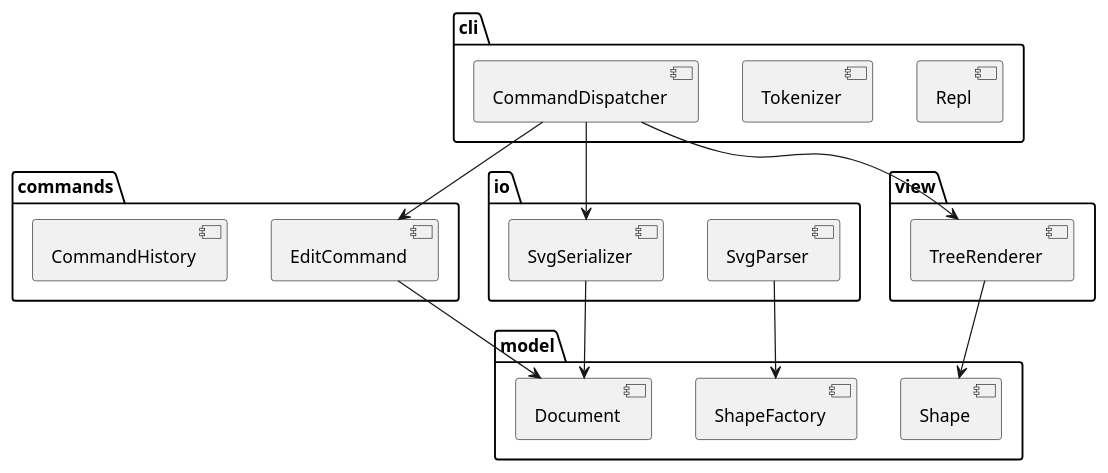
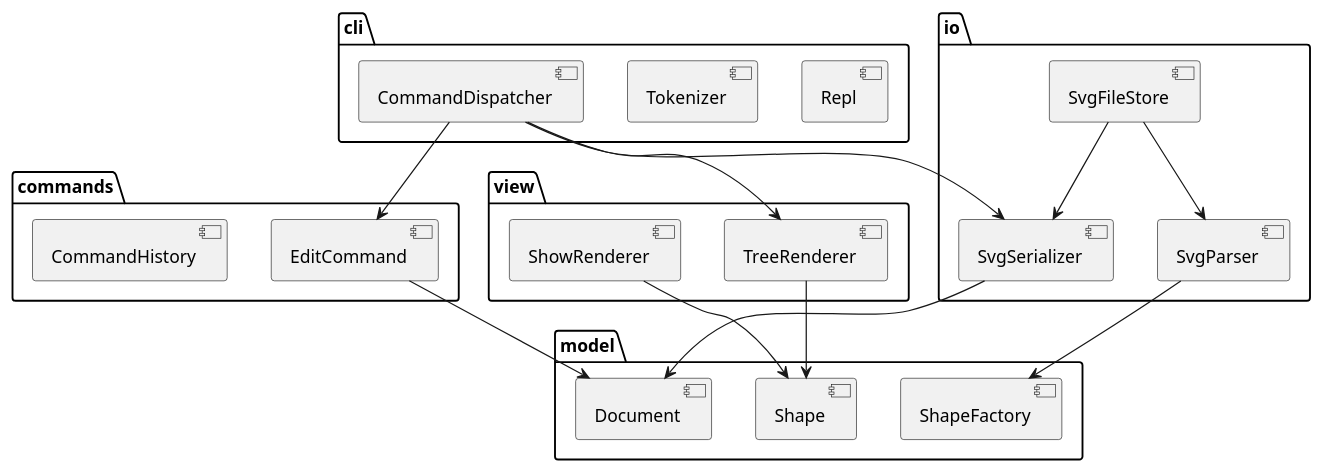
Before and after one commit to cynicalight/svg-editor: the diagram in doc/README.md, drawn with PlantUML. The commit also changed other lines of this file and 16 other files, not shown here.

````diff
--- a/doc/README.md
+++ b/doc/README.md
@@ -16,32 +16,37 @@
 ```plantuml
 @startuml
 package "cli" {
   [Repl]
   [Tokenizer]
   [CommandDispatcher]
 }
 package "commands" {
   [EditCommand]
   [CommandHistory]
 }
 package "io" {
   [SvgSerializer]
   [SvgParser]
+  [SvgFileStore]
 }
 package "view" {
   [TreeRenderer]
+  [ShowRenderer]
 }
 package "model" {
   [Shape]
   [Document]
   [ShapeFactory]
 }
 [CommandDispatcher] --> [EditCommand]
 [CommandDispatcher] --> [SvgSerializer]
 [CommandDispatcher] --> [TreeRenderer]
 [EditCommand] --> [Document]
 [SvgSerializer] --> [Document]
 [SvgParser] --> [ShapeFactory]
+[SvgFileStore] --> [SvgParser]
+[SvgFileStore] --> [SvgSerializer]
+[ShowRenderer] --> [Shape]
 [TreeRenderer] --> [Shape]
 @enduml
 ```
````
